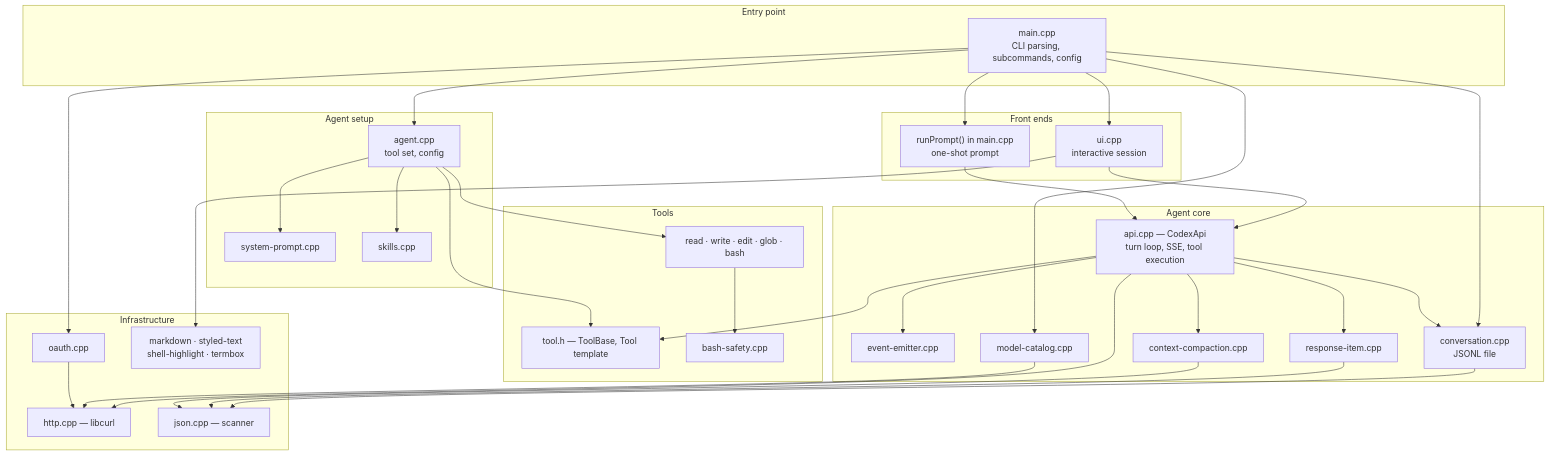
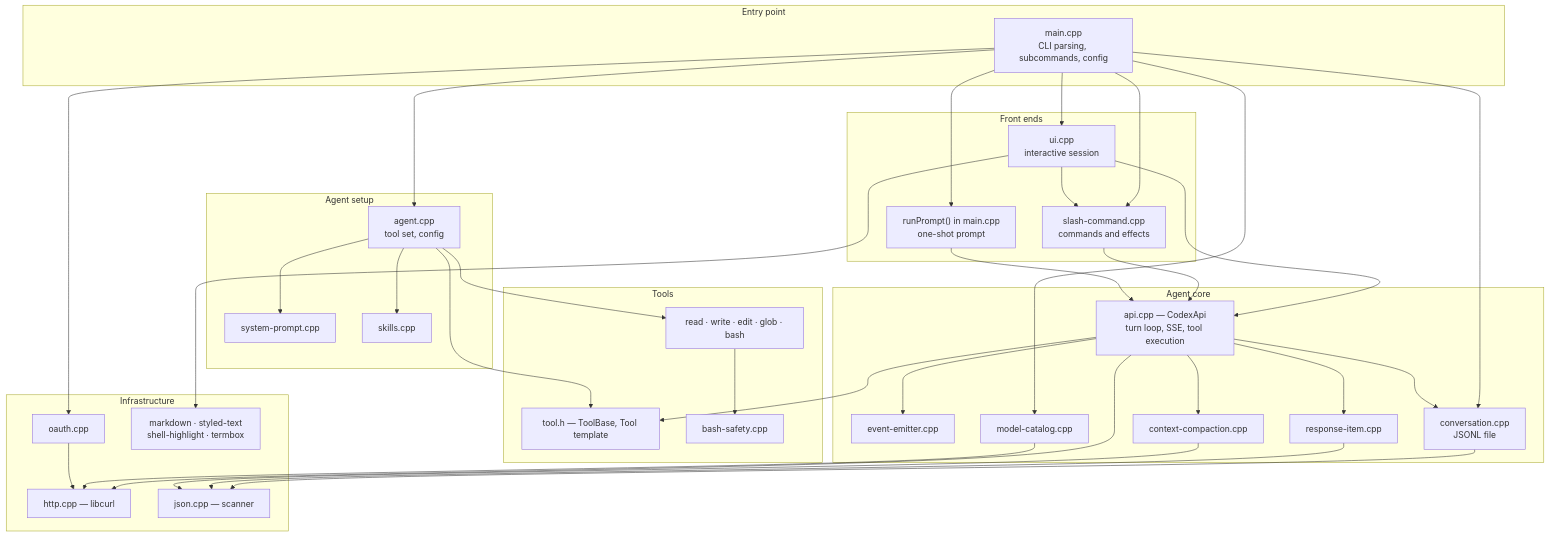
The first of 2 diagrams in docs/concepts/architecture.md (paoloanzn/microcodex), drawn with Mermaid before and after one commit. The commit also changed other lines of this file and 14 other files, not shown here.

First line of the commit message:
feat(ui): add slash commands backed by an effect registry

````diff
--- a/docs/concepts/architecture.md
+++ b/docs/concepts/architecture.md
@@ -30,44 +30,46 @@
 ```mermaid
 flowchart TB
     subgraph entry["Entry point"]
         main["main.cpp<br/>CLI parsing, subcommands, config"]
     end
     subgraph frontends["Front ends"]
         ui["ui.cpp<br/>interactive session"]
+        slash["slash-command.cpp<br/>commands and effects"]
         prompt["runPrompt() in main.cpp<br/>one-shot prompt"]
     end
     subgraph core["Agent core"]
         api["api.cpp — CodexApi<br/>turn loop, SSE, tool execution"]
         events["event-emitter.cpp"]
         compaction["context-compaction.cpp"]
         conversation["conversation.cpp<br/>JSONL file"]
         items["response-item.cpp"]
         catalog["model-catalog.cpp"]
     end
     subgraph setup["Agent setup"]
         agent["agent.cpp<br/>tool set, config"]
         sysprompt["system-prompt.cpp"]
         skills["skills.cpp"]
     end
     subgraph tools["Tools"]
         tool["tool.h — ToolBase, Tool template"]
         impls["read · write · edit · glob · bash"]
         safety["bash-safety.cpp"]
     end
     subgraph infra["Infrastructure"]
         http["http.cpp — libcurl"]
         json["json.cpp — scanner"]
         oauth["oauth.cpp"]
         render["markdown · styled-text<br/>shell-highlight · termbox"]
     end
 
-    main --> ui & prompt & agent & catalog & oauth & conversation
-    ui --> api & render
+    main --> ui & prompt & agent & catalog & oauth & conversation & slash
+    ui --> api & render & slash
+    slash --> api
     prompt --> api
     agent --> sysprompt & skills & tool & impls
     api --> events & compaction & conversation & items & tool & http
     impls --> safety
     catalog --> http
     oauth --> http
     conversation & items & compaction --> json
 ```
````
